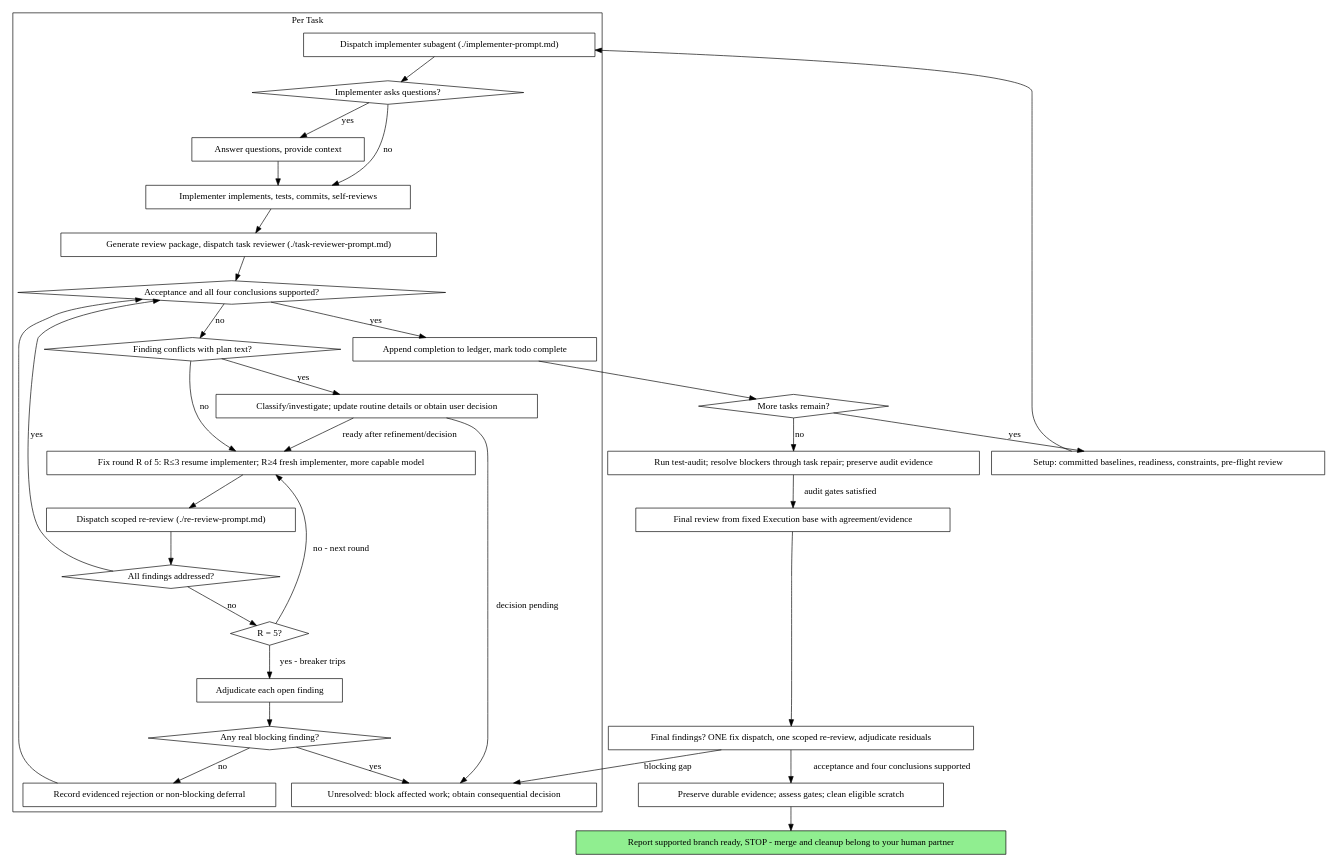
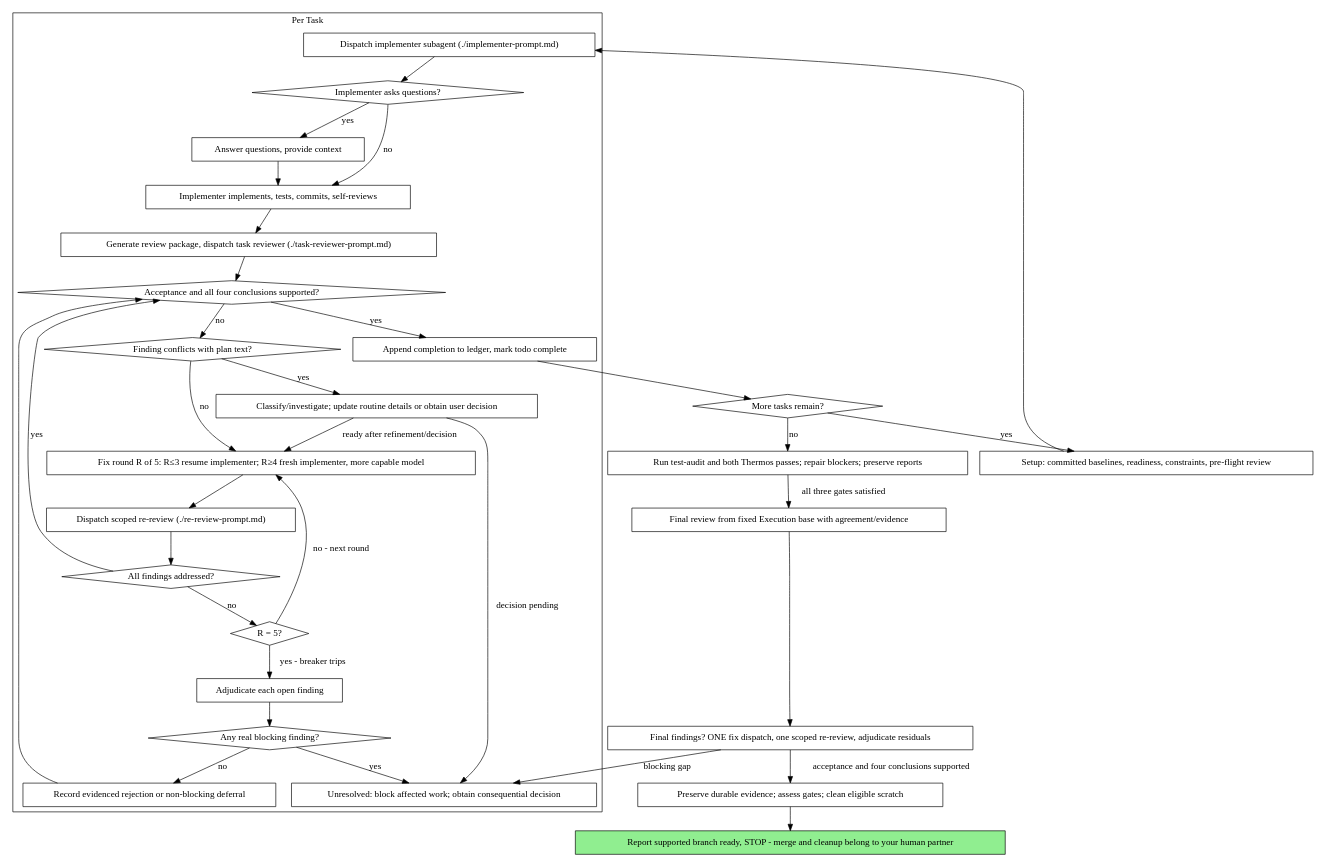
One commit to kubamarchwicki/engineering-skills changed the second of 2 diagrams in skills/subagent-driven-development/EXAMPLES.md. Above: the diagram before and after it, drawn with Graphviz. The commit also changed other lines of this file and 15 other files, not shown here.

First line of the commit message:
feat: add pinned Thermos reviews to final verification

````diff
--- a/skills/subagent-driven-development/EXAMPLES.md
+++ b/skills/subagent-driven-development/EXAMPLES.md
@@ -31,66 +31,66 @@
 ```dot
 digraph process {
     rankdir=TB;
 
     subgraph cluster_per_task {
         label="Per Task";
         "Dispatch implementer subagent (./implementer-prompt.md)" [shape=box];
         "Implementer asks questions?" [shape=diamond];
         "Answer questions, provide context" [shape=box];
         "Implementer implements, tests, commits, self-reviews" [shape=box];
         "Generate review package, dispatch task reviewer (./task-reviewer-prompt.md)" [shape=box];
         "Acceptance and all four conclusions supported?" [shape=diamond];
         "Finding conflicts with plan text?" [shape=diamond];
         "Classify/investigate; update routine details or obtain user decision" [shape=box];
         "Fix round R of 5: R≤3 resume implementer; R≥4 fresh implementer, more capable model" [shape=box];
         "Dispatch scoped re-review (./re-review-prompt.md)" [shape=box];
         "All findings addressed?" [shape=diamond];
         "R = 5?" [shape=diamond];
         "Adjudicate each open finding" [shape=box];
         "Any real blocking finding?" [shape=diamond];
         "Unresolved: block affected work; obtain consequential decision" [shape=box];
         "Record evidenced rejection or non-blocking deferral" [shape=box];
         "Append completion to ledger, mark todo complete" [shape=box];
     }
 
     "Setup: committed baselines, readiness, constraints, pre-flight review" [shape=box];
     "More tasks remain?" [shape=diamond];
-    "Run test-audit; resolve blockers through task repair; preserve audit evidence" [shape=box];
+    "Run test-audit and both Thermos passes; repair blockers; preserve reports" [shape=box];
     "Final review from fixed Execution base with agreement/evidence" [shape=box];
     "Final findings? ONE fix dispatch, one scoped re-review, adjudicate residuals" [shape=box];
     "Preserve durable evidence; assess gates; clean eligible scratch" [shape=box];
     "Report supported branch ready, STOP - merge and cleanup belong to your human partner" [shape=box style=filled fillcolor=lightgreen];
 
     "Setup: committed baselines, readiness, constraints, pre-flight review" -> "Dispatch implementer subagent (./implementer-prompt.md)";
     "Dispatch implementer subagent (./implementer-prompt.md)" -> "Implementer asks questions?";
     "Implementer asks questions?" -> "Answer questions, provide context" [label="yes"];
     "Answer questions, provide context" -> "Implementer implements, tests, commits, self-reviews";
     "Implementer asks questions?" -> "Implementer implements, tests, commits, self-reviews" [label="no"];
     "Implementer implements, tests, commits, self-reviews" -> "Generate review package, dispatch task reviewer (./task-reviewer-prompt.md)";
     "Generate review package, dispatch task reviewer (./task-reviewer-prompt.md)" -> "Acceptance and all four conclusions supported?";
     "Acceptance and all four conclusions supported?" -> "Append completion to ledger, mark todo complete" [label="yes"];
     "Acceptance and all four conclusions supported?" -> "Finding conflicts with plan text?" [label="no"];
     "Finding conflicts with plan text?" -> "Classify/investigate; update routine details or obtain user decision" [label="yes"];
     "Classify/investigate; update routine details or obtain user decision" -> "Unresolved: block affected work; obtain consequential decision" [label="decision pending"];
     "Classify/investigate; update routine details or obtain user decision" -> "Fix round R of 5: R≤3 resume implementer; R≥4 fresh implementer, more capable model" [label="ready after refinement/decision"];
     "Finding conflicts with plan text?" -> "Fix round R of 5: R≤3 resume implementer; R≥4 fresh implementer, more capable model" [label="no"];
     "Fix round R of 5: R≤3 resume implementer; R≥4 fresh implementer, more capable model" -> "Dispatch scoped re-review (./re-review-prompt.md)";
     "Dispatch scoped re-review (./re-review-prompt.md)" -> "All findings addressed?";
     "All findings addressed?" -> "Acceptance and all four conclusions supported?" [label="yes"];
     "All findings addressed?" -> "R = 5?" [label="no"];
     "R = 5?" -> "Fix round R of 5: R≤3 resume implementer; R≥4 fresh implementer, more capable model" [label="no - next round"];
     "R = 5?" -> "Adjudicate each open finding" [label="yes - breaker trips"];
     "Adjudicate each open finding" -> "Any real blocking finding?";
     "Any real blocking finding?" -> "Unresolved: block affected work; obtain consequential decision" [label="yes"];
     "Any real blocking finding?" -> "Record evidenced rejection or non-blocking deferral" [label="no"];
     "Record evidenced rejection or non-blocking deferral" -> "Acceptance and all four conclusions supported?";
     "Append completion to ledger, mark todo complete" -> "More tasks remain?";
     "More tasks remain?" -> "Setup: committed baselines, readiness, constraints, pre-flight review" [label="yes"];
-    "More tasks remain?" -> "Run test-audit; resolve blockers through task repair; preserve audit evidence" [label="no"];
-    "Run test-audit; resolve blockers through task repair; preserve audit evidence" -> "Final review from fixed Execution base with agreement/evidence" [label="audit gates satisfied"];
+    "More tasks remain?" -> "Run test-audit and both Thermos passes; repair blockers; preserve reports" [label="no"];
+    "Run test-audit and both Thermos passes; repair blockers; preserve reports" -> "Final review from fixed Execution base with agreement/evidence" [label="all three gates satisfied"];
     "Final review from fixed Execution base with agreement/evidence" -> "Final findings? ONE fix dispatch, one scoped re-review, adjudicate residuals";
     "Final findings? ONE fix dispatch, one scoped re-review, adjudicate residuals" -> "Unresolved: block affected work; obtain consequential decision" [label="blocking gap"];
     "Final findings? ONE fix dispatch, one scoped re-review, adjudicate residuals" -> "Preserve durable evidence; assess gates; clean eligible scratch" [label="acceptance and four conclusions supported"];
     "Preserve durable evidence; assess gates; clean eligible scratch" -> "Report supported branch ready, STOP - merge and cleanup belong to your human partner";
 }
 ```
````
